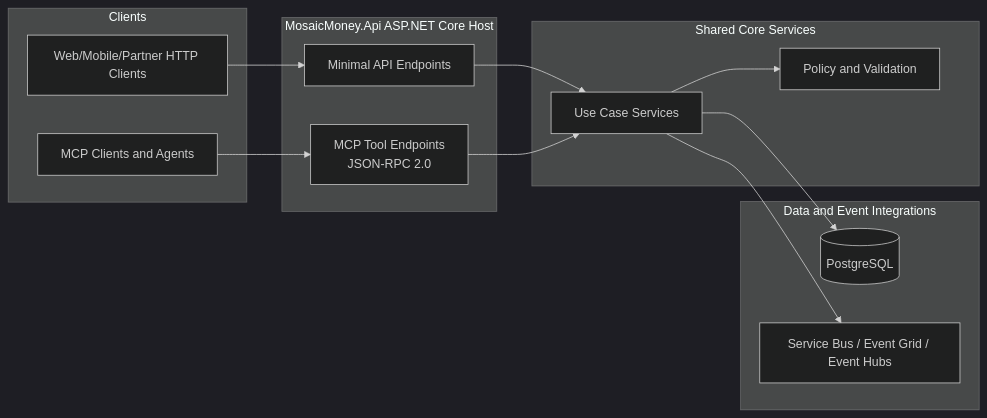
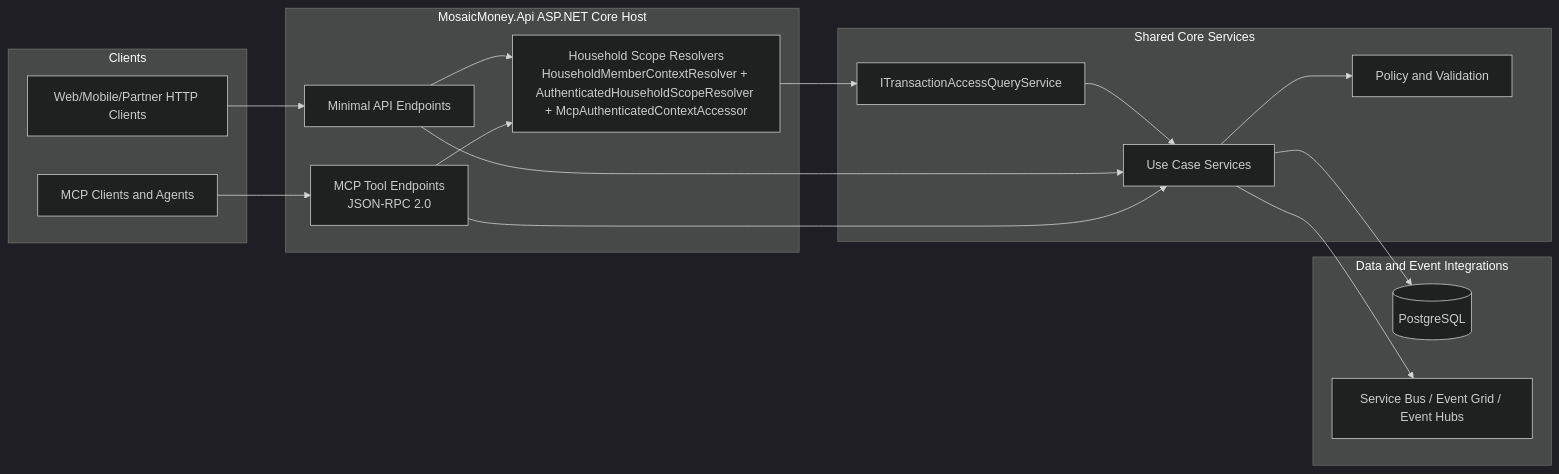
One commit to ChrisMcKee1/Mosaic-Money changed the fourth of 4 diagrams in docs/architecture/master-platform-architecture.md. Above: the diagram before and after it, drawn with Mermaid (dark theme). The commit also changed other lines of this file and 64 other files, not shown here.

First line of the commit message:
feat(api): refactor transaction endpoints to use ITransactionAccessQueryService for access control and transaction retrieval

````diff
--- a/docs/architecture/master-platform-architecture.md
+++ b/docs/architecture/master-platform-architecture.md
@@ -185,32 +166,38 @@
 ```mermaid
 flowchart LR
     subgraph Clients[Clients]
         RestClient[Web/Mobile/Partner HTTP Clients]
         McpClient[MCP Clients and Agents]
     end
 
     subgraph ApiHost[MosaicMoney.Api ASP.NET Core Host]
         RestLayer[Minimal API Endpoints]
         McpLayer[MCP Tool Endpoints\nJSON-RPC 2.0]
+        ScopeLayer[Household Scope Resolvers\nHouseholdMemberContextResolver + AuthenticatedHouseholdScopeResolver + McpAuthenticatedContextAccessor]
     end
 
     subgraph SharedCore[Shared Core Services]
+        TxAccess[ITransactionAccessQueryService]
         UseCase[Use Case Services]
         Policy[Policy and Validation]
     end
 
     subgraph DataAndEvents[Data and Event Integrations]
         Db[(PostgreSQL)]
         Msg[Service Bus / Event Grid / Event Hubs]
     end
 
     RestClient --> RestLayer
     McpClient --> McpLayer
 
+    RestLayer --> ScopeLayer
+    McpLayer --> ScopeLayer
+    ScopeLayer --> TxAccess
+    TxAccess --> UseCase
     RestLayer --> UseCase
     McpLayer --> UseCase
     UseCase --> Policy
 
     UseCase --> Db
     UseCase --> Msg
 ```
````
